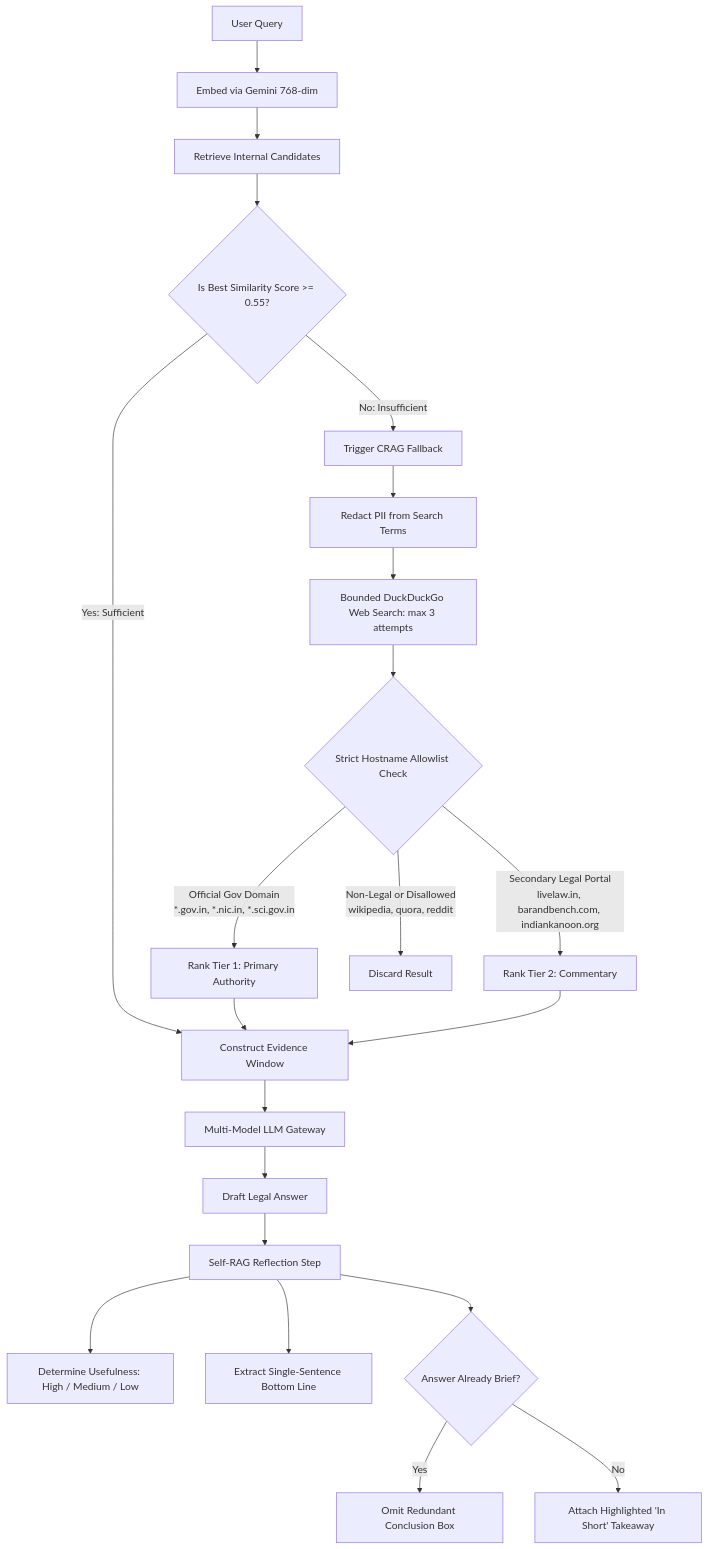
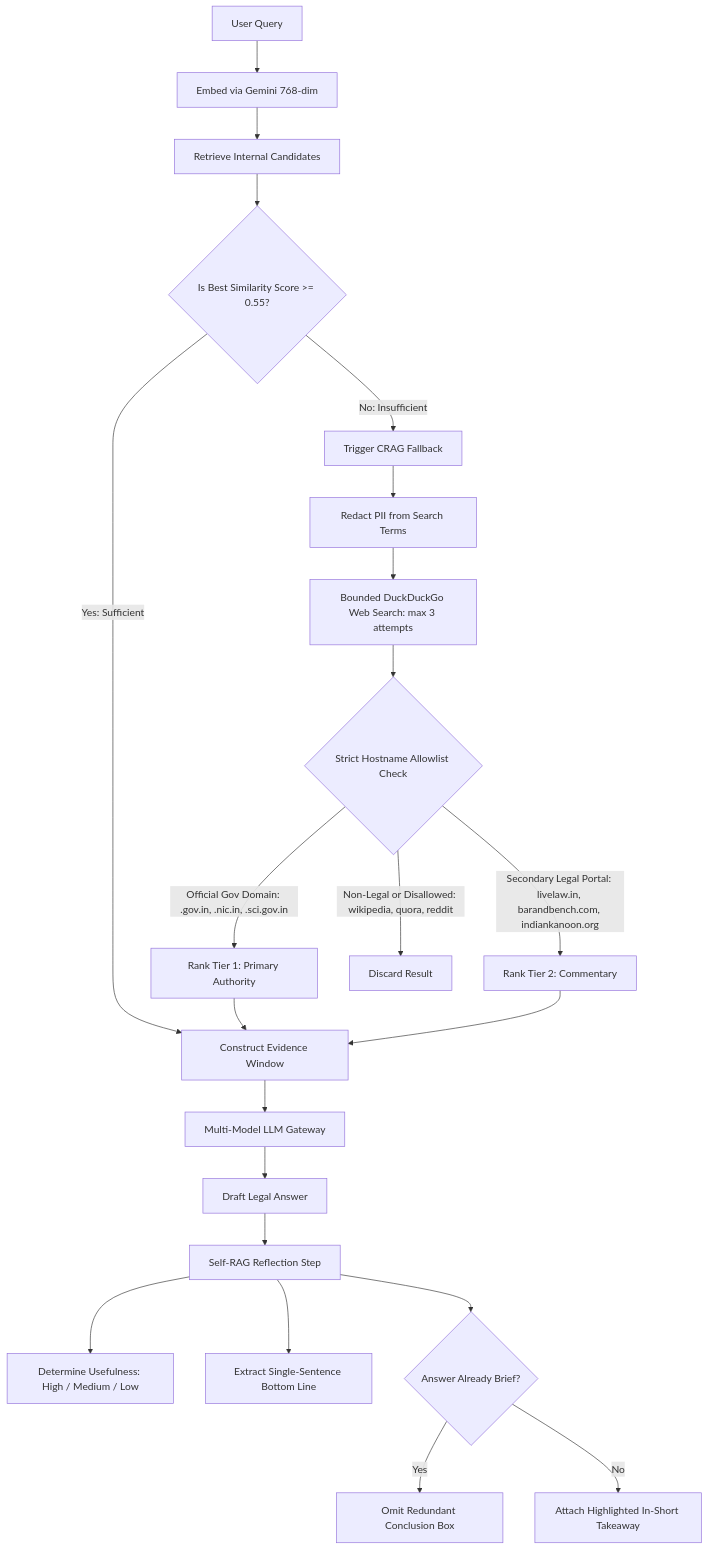
The fourth of 10 diagrams in README.md (tanisha-64/NyayaPramaan), drawn with Mermaid before and after one commit. The commit also changed other lines of this file, not shown here.

Commit message:
docs: audit and fix all mermaid diagrams, security placeholders, and technical claims

````diff
--- a/README.md
+++ b/README.md
@@ -395,28 +412,29 @@
 ```mermaid
 flowchart TD
     Query[User Query] --> EmbedQuery[Embed via Gemini 768-dim]
     EmbedQuery --> Retrieve[Retrieve Internal Candidates]
     Retrieve --> CheckSufficiency{Is Best Similarity Score >= 0.55?}
     
     CheckSufficiency -->|Yes: Sufficient| ConstructPrompt[Construct Evidence Window]
     
     CheckSufficiency -->|No: Insufficient| CRAG_Init[Trigger CRAG Fallback]
     CRAG_Init --> RedactQuery[Redact PII from Search Terms]
     RedactQuery --> SearchWeb[Bounded DuckDuckGo Web Search: max 3 attempts]
     
-    SearchWeb --> FilterHost{Strict Hostname Allowlist Check}
-    FilterHost -->|Official Gov Domain\n*.gov.in, *.nic.in, *.sci.gov.in| RankTier1[Rank Tier 1: Primary Authority]
-    FilterHost -->|Secondary Legal Portal\nlivelaw.in, barandbench.com, indiankanoon.org| RankTier2[Rank Tier 2: Commentary]
-    FilterHost -->|Non-Legal or Disallowed\nwikipedia, quora, reddit| Discard[Discard Result]
+    SearchWeb --> FilterHost{"Strict Hostname Allowlist Check"}
+    FilterHost -->|"Official Gov Domain: .gov.in, .nic.in, .sci.gov.in"| RankTier1["Rank Tier 1: Primary Authority"]
+    FilterHost -->|"Secondary Legal Portal: livelaw.in, barandbench.com, indiankanoon.org"| RankTier2["Rank Tier 2: Commentary"]
+    FilterHost -->|"Non-Legal or Disallowed: wikipedia, quora, reddit"| Discard["Discard Result"]
     
-    RankTier1 & RankTier2 --> ConstructPrompt
-    ConstructPrompt --> GatewayCall[Multi-Model LLM Gateway]
-    GatewayCall --> RawAnswer[Draft Legal Answer]
+    RankTier1 --> ConstructPrompt
+    RankTier2 --> ConstructPrompt
+    ConstructPrompt --> GatewayCall["Multi-Model LLM Gateway"]
+    GatewayCall --> RawAnswer["Draft Legal Answer"]
     
-    RawAnswer --> SelfRAG[Self-RAG Reflection Step]
-    SelfRAG --> EvalSufficiency[Determine Usefulness: High / Medium / Low]
-    SelfRAG --> EvalConclusion[Extract Single-Sentence Bottom Line]
-    SelfRAG --> ConclusionNeeded{Answer Already Brief?}
-    ConclusionNeeded -->|Yes| SkipBox[Omit Redundant Conclusion Box]
-    ConclusionNeeded -->|No| AttachBox[Attach Highlighted 'In Short' Takeaway]
+    RawAnswer --> SelfRAG["Self-RAG Reflection Step"]
+    SelfRAG --> EvalSufficiency["Determine Usefulness: High / Medium / Low"]
+    SelfRAG --> EvalConclusion["Extract Single-Sentence Bottom Line"]
+    SelfRAG --> ConclusionNeeded{"Answer Already Brief?"}
+    ConclusionNeeded -->|Yes| SkipBox["Omit Redundant Conclusion Box"]
+    ConclusionNeeded -->|No| AttachBox["Attach Highlighted In-Short Takeaway"]
 ```
````
